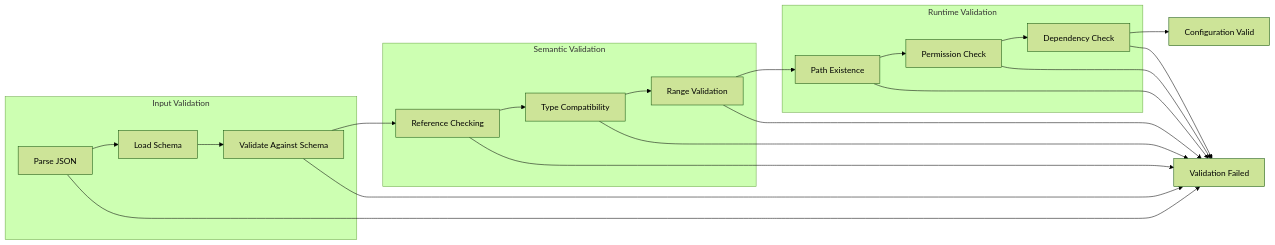
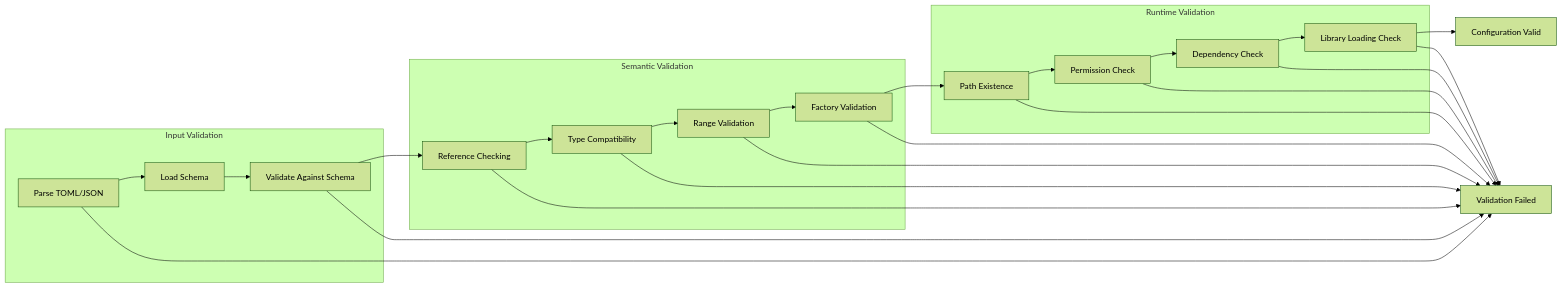
Diagram 13 of 15 in docs/knowledge_graph/component_relationships.md (DavidPCoster/libtokamap), drawn with Mermaid (forest theme) before and after one commit. The commit also changed other lines of this file and 4 other files, not shown here.

First line of the commit message:
Update knowledge graph with develop branch improvements

````diff
--- a/docs/knowledge_graph/component_relationships.md
+++ b/docs/knowledge_graph/component_relationships.md
@@ -464,40 +481,46 @@
 ```mermaid
 flowchart LR
     subgraph "Input Validation"
-        JSON_PARSE[Parse JSON]
+        TOML_PARSE[Parse TOML/JSON]
         SCHEMA_LOAD[Load Schema]
         VALIDATE[Validate Against Schema]
     end
     
     subgraph "Semantic Validation"
         REF_CHECK[Reference Checking]
         TYPE_CHECK[Type Compatibility]
         RANGE_CHECK[Range Validation]
+        FACTORY_CHECK[Factory Validation]
     end
     
     subgraph "Runtime Validation"
         PATH_CHECK[Path Existence]
         PERM_CHECK[Permission Check]
         DEP_CHECK[Dependency Check]
+        LIBRARY_CHECK[Library Loading Check]
     end
     
-    JSON_PARSE --> SCHEMA_LOAD
+    TOML_PARSE --> SCHEMA_LOAD
     SCHEMA_LOAD --> VALIDATE
     VALIDATE --> REF_CHECK
     REF_CHECK --> TYPE_CHECK
     TYPE_CHECK --> RANGE_CHECK
-    RANGE_CHECK --> PATH_CHECK
+    RANGE_CHECK --> FACTORY_CHECK
+    FACTORY_CHECK --> PATH_CHECK
     PATH_CHECK --> PERM_CHECK
     PERM_CHECK --> DEP_CHECK
+    DEP_CHECK --> LIBRARY_CHECK
     
-    DEP_CHECK --> SUCCESS[Configuration Valid]
+    LIBRARY_CHECK --> SUCCESS[Configuration Valid]
     
-    JSON_PARSE --> FAIL[Validation Failed]
+    TOML_PARSE --> FAIL[Validation Failed]
     VALIDATE --> FAIL
     REF_CHECK --> FAIL
     TYPE_CHECK --> FAIL
     RANGE_CHECK --> FAIL
+    FACTORY_CHECK --> FAIL
     PATH_CHECK --> FAIL
     PERM_CHECK --> FAIL
     DEP_CHECK --> FAIL
+    LIBRARY_CHECK --> FAIL
 ```
````
